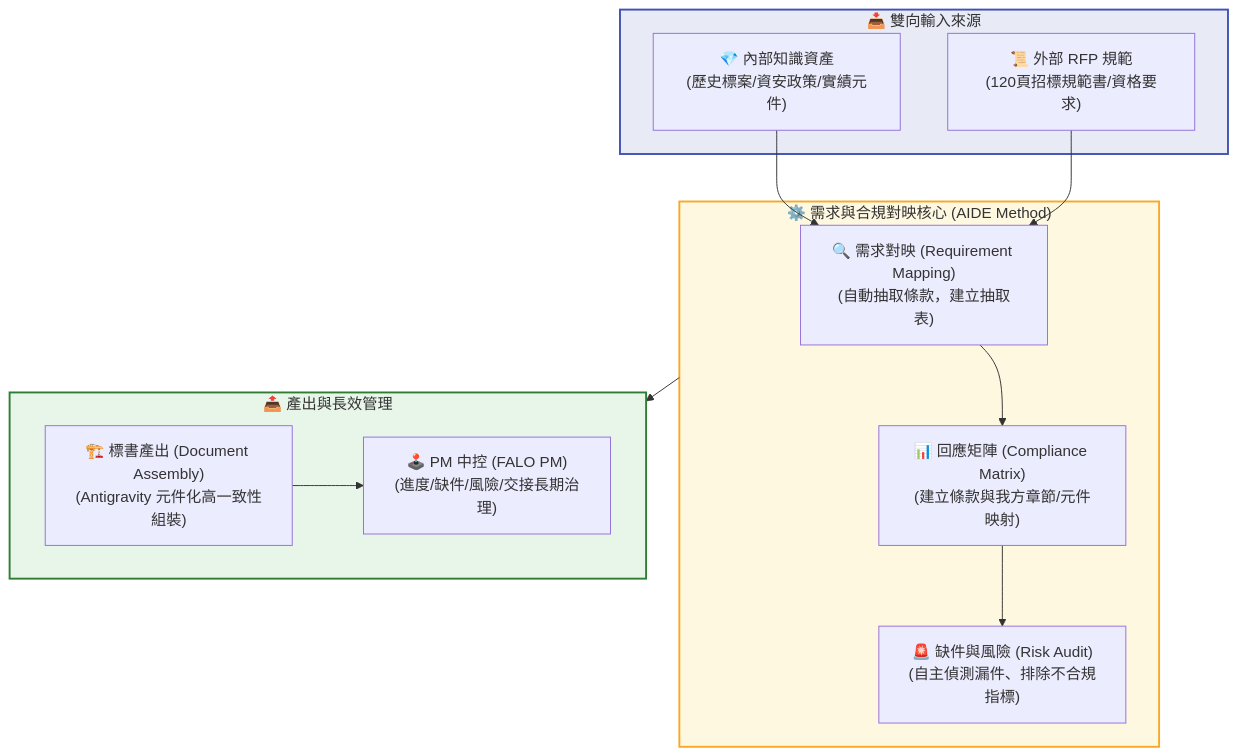
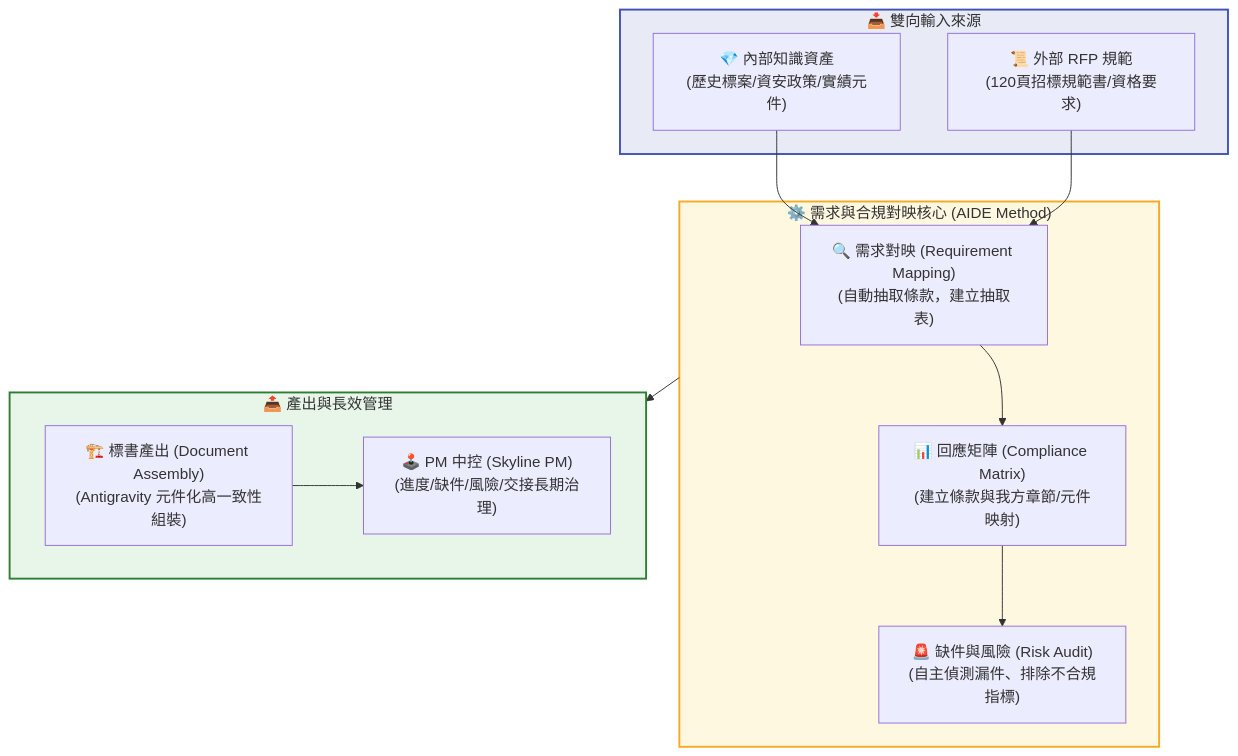
Before and after one commit to falo-chinese/skyline-class: the diagram in class2/reference/class02-antigravity/requirement_compliance_mapping.md, drawn with Mermaid. The commit also changed other lines of this file and 236 other files, not shown here.

Commit message:
feat(class2): remove FALO and replace Horizon/地平線 with Skyline across all courseware pages and scripts

````diff
--- a/class2/reference/class02-antigravity/requirement_compliance_mapping.md
+++ b/class2/reference/class02-antigravity/requirement_compliance_mapping.md
@@ -31,25 +31,25 @@
 ```mermaid
 graph TD
     subgraph Input["📥 雙向輸入來源"]
         A["💎 內部知識資產<br/>(歷史標案/資安政策/實績元件)"]
         B["📜 外部 RFP 規範<br/>(120頁招標規範書/資格要求)"]
     end
 
     subgraph Mapping["⚙️ 需求與合規對映核心 (AIDE Method)"]
         C["🔍 需求對映 (Requirement Mapping)<br/>(自動抽取條款，建立抽取表)"]
         --> D["📊 回應矩陣 (Compliance Matrix)<br/>(建立條款與我方章節/元件映射)"]
         --> E["🚨 缺件與風險 (Risk Audit)<br/>(自主偵測漏件、排除不合規指標)"]
     end
 
     subgraph Output["📤 產出與長效管理"]
         F["🏗️ 標書產出 (Document Assembly)<br/>(Antigravity 元件化高一致性組裝)"]
-        --> G["🕹️ PM 中控 (FALO PM)<br/>(進度/缺件/風險/交接長期治理)"]
+        --> G["🕹️ PM 中控 (Skyline PM)<br/>(進度/缺件/風險/交接長期治理)"]
     end
 
     A & B --> C
     Mapping --> Output
 
     style Input fill:#E8EAF6,stroke:#3F51B5,stroke-width:2px;
     style Mapping fill:#FFF8E1,stroke:#F9A825,stroke-width:2px;
     style Output fill:#E8F5E9,stroke:#2E7D32,stroke-width:2px;
 ```
````
